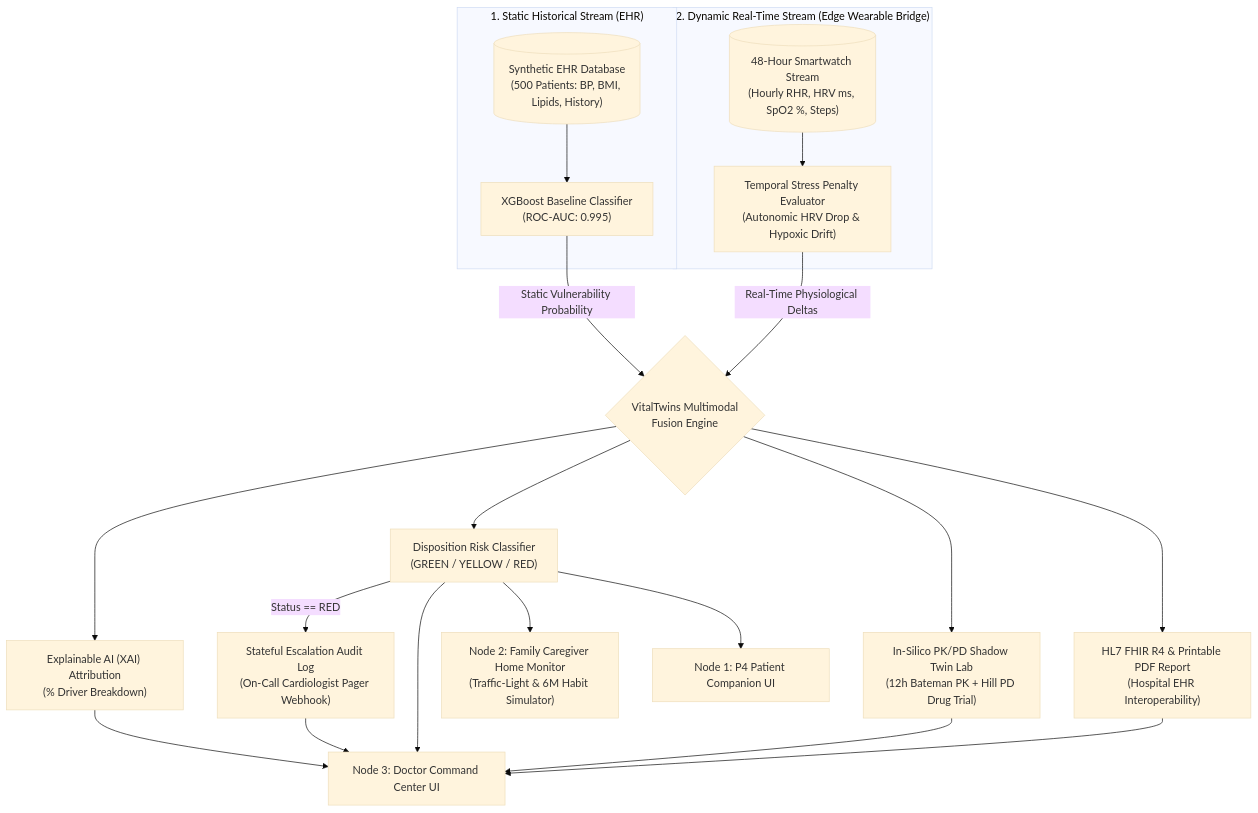
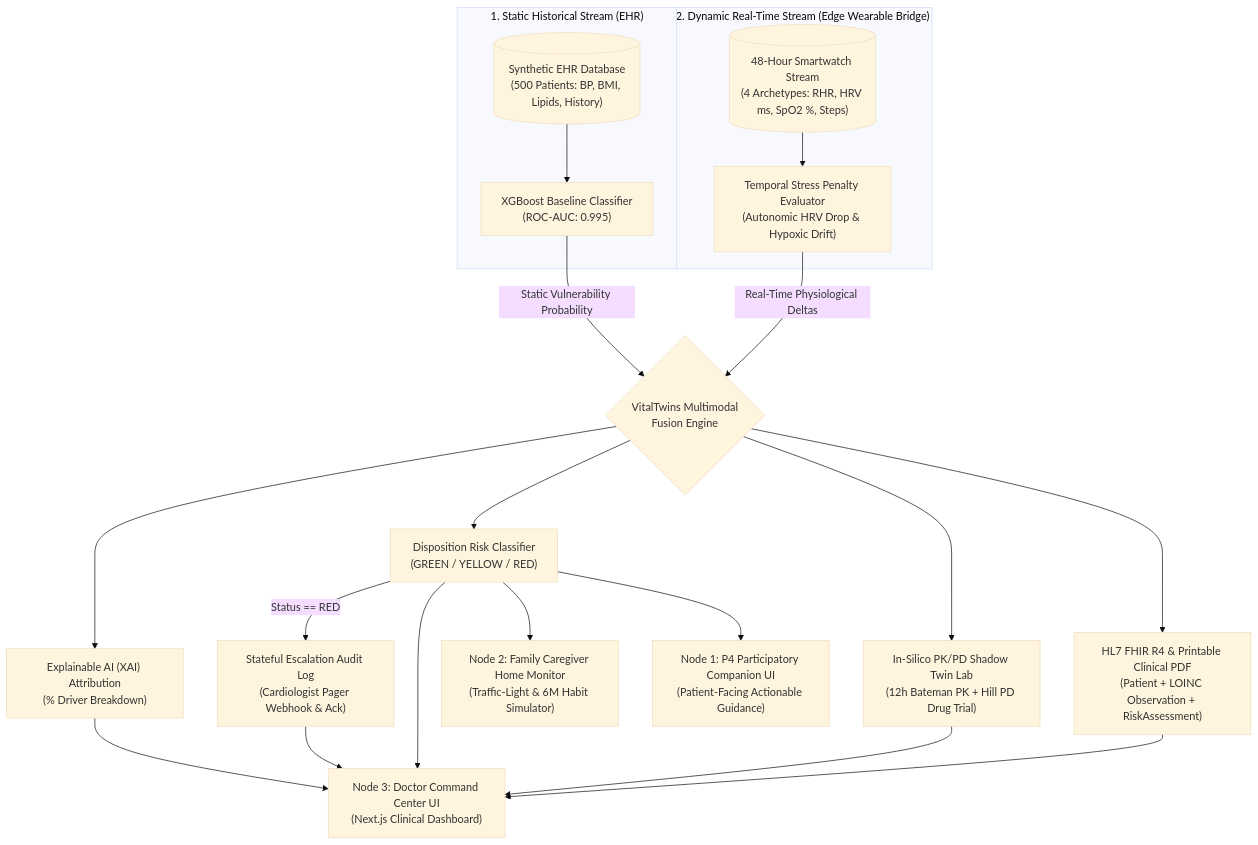
One commit to p-rth12999/VitalTwins-Digital-Twins-Application changed the diagram in frontend/README.md. Above: the diagram before and after it, drawn with Mermaid (base theme). The commit also changed other lines of this file, not shown here.

````diff
--- a/frontend/README.md
+++ b/frontend/README.md
@@ -118,31 +119,31 @@
 ```mermaid
 flowchart TD
     subgraph Stream1 ["1. Static Historical Stream (EHR)"]
         A[("Synthetic EHR Database\n(500 Patients: BP, BMI, Lipids, History)")]
         B["XGBoost Baseline Classifier\n(ROC-AUC: 0.995)"]
         A --> B
     end
 
     subgraph Stream2 ["2. Dynamic Real-Time Stream (Edge Wearable Bridge)"]
-        C[("48-Hour Smartwatch Stream\n(Hourly RHR, HRV ms, SpO2 %, Steps)")]
+        C[("48-Hour Smartwatch Stream\n(4 Archetypes: RHR, HRV ms, SpO2 %, Steps)")]
         D["Temporal Stress Penalty Evaluator\n(Autonomic HRV Drop & Hypoxic Drift)"]
         C --> D
     end
 
     B -->|Static Vulnerability Probability| E{"VitalTwins Multimodal\nFusion Engine"}
     D -->|Real-Time Physiological Deltas| E
 
     E --> F["Explainable AI (XAI) Attribution\n(% Driver Breakdown)"]
     E --> G["Disposition Risk Classifier\n(GREEN / YELLOW / RED)"]
     E --> L["In-Silico PK/PD Shadow Twin Lab\n(12h Bateman PK + Hill PD Drug Trial)"]
-    E --> H["HL7 FHIR R4 & Printable PDF Report\n(Hospital EHR Interoperability)"]
+    E --> H["HL7 FHIR R4 & Printable Clinical PDF\n(Patient + LOINC Observation + RiskAssessment)"]
 
-    G -->|Status == RED| I["Stateful Escalation Audit Log\n(On-Call Cardiologist Pager Webhook)"]
-    G --> J["Node 3: Doctor Command Center UI"]
+    G -->|Status == RED| I["Stateful Escalation Audit Log\n(Cardiologist Pager Webhook & Ack)"]
+    G --> J["Node 3: Doctor Command Center UI\n(Next.js Clinical Dashboard)"]
     G --> M["Node 2: Family Caregiver Home Monitor\n(Traffic-Light & 6M Habit Simulator)"]
-    G --> K["Node 1: P4 Patient Companion UI"]
+    G --> K["Node 1: P4 Participatory Companion UI\n(Patient-Facing Actionable Guidance)"]
     F --> J
     L --> J
     H --> J
     I --> J
 ```
````
